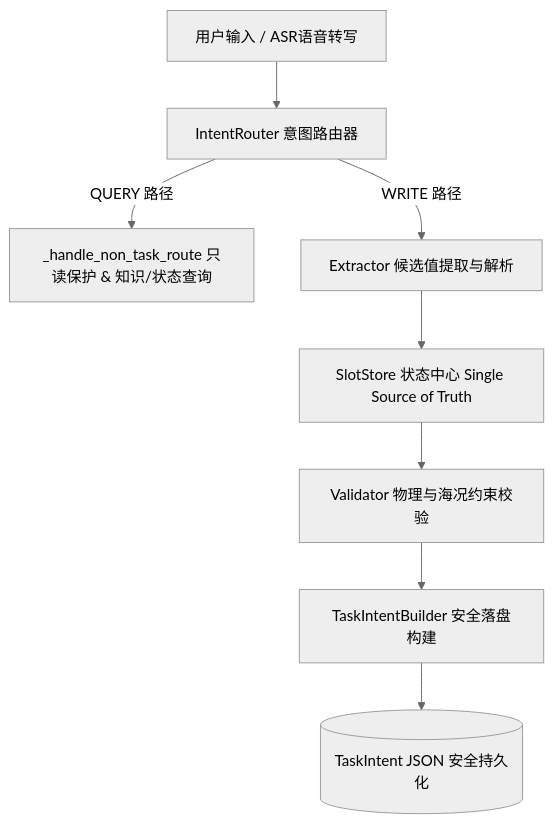
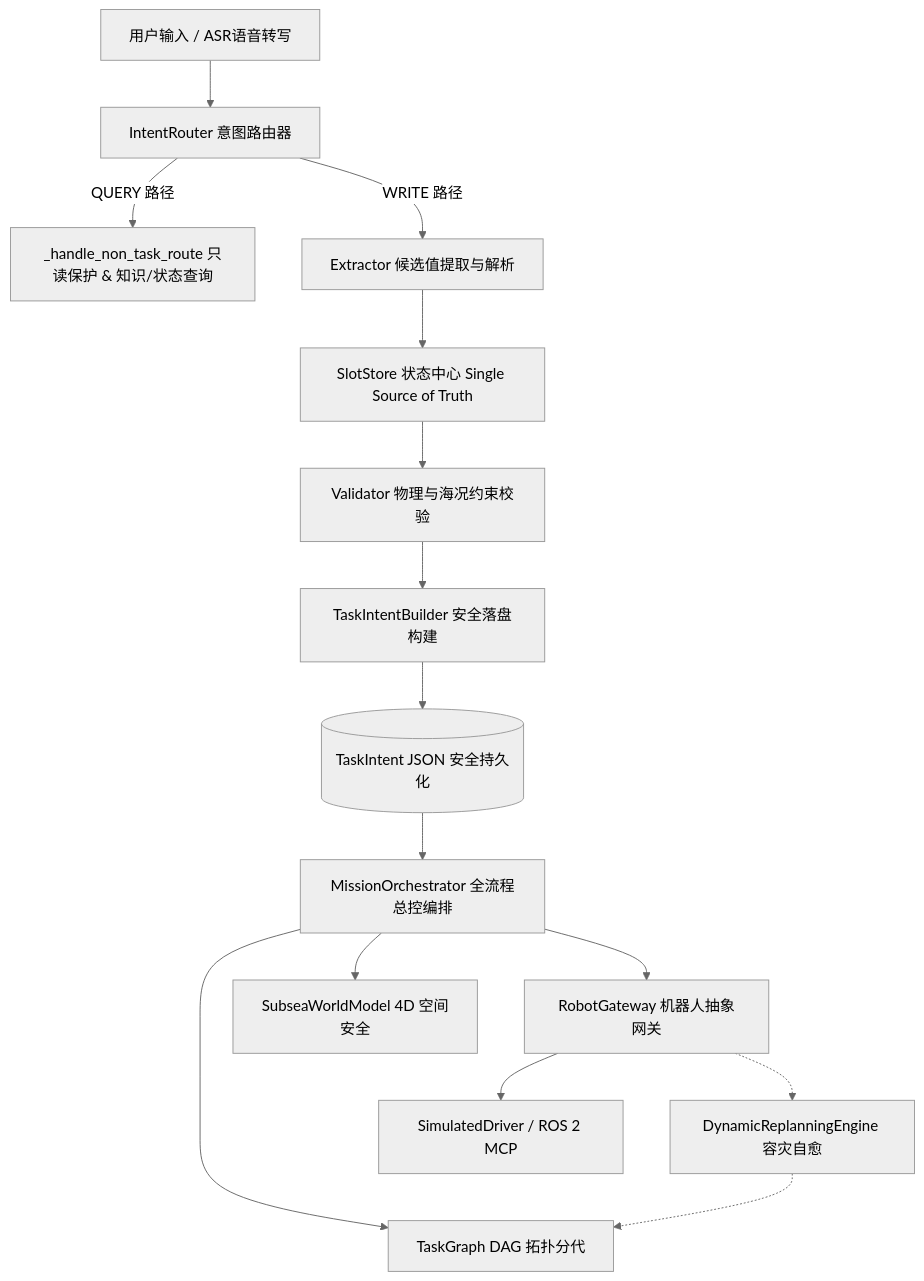
One commit to Pitohuie-AIversion/seagent1.0-main_asr changed the diagram in README.md. Above: the diagram before and after it, drawn with Mermaid (neutral theme). The commit also changed other lines of this file and 1 other file, not shown here.

Commit message:
docs(readme): update system architecture, capabilities, and directory layout for all 10 core domains

````diff
--- a/README.md
+++ b/README.md
@@ -37,10 +42,17 @@
 ```mermaid
 graph TD
     UserInput[用户输入 / ASR语音转写] --> IntentRouter[IntentRouter 意图路由器]
     IntentRouter -->|QUERY 路径| KnowledgeQuery[_handle_non_task_route 只读保护 & 知识/状态查询]
     IntentRouter -->|WRITE 路径| Extractor[Extractor 候选值提取与解析]
     Extractor --> SlotStore[SlotStore 状态中心 Single Source of Truth]
     SlotStore --> Validator[Validator 物理与海况约束校验]
     Validator --> TaskIntentBuilder[TaskIntentBuilder 安全落盘构建]
     TaskIntentBuilder --> TaskIntentPersistence[(TaskIntent JSON 安全持久化)]
+    TaskIntentPersistence --> MissionOrchestrator[MissionOrchestrator 全流程总控编排]
+    MissionOrchestrator --> TaskGraph[TaskGraph DAG 拓扑分代]
+    MissionOrchestrator --> WorldModel[SubseaWorldModel 4D 空间安全]
+    MissionOrchestrator --> RobotGateway[RobotGateway 机器人抽象网关]
+    RobotGateway --> Drivers[SimulatedDriver / ROS 2 MCP]
+    RobotGateway -.-> Replanning[DynamicReplanningEngine 容灾自愈]
+    Replanning -.-> TaskGraph
 ```
````
